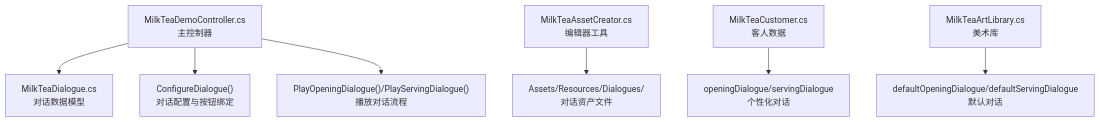
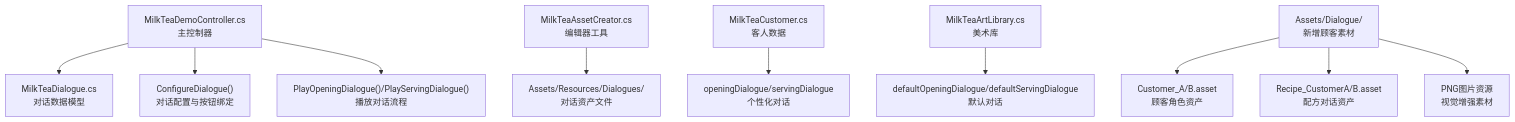
One commit to Thanatos42/-demo changed the first of 7 diagrams in .qoder/repowiki/zh/content/对话系统设计.md. Above: the diagram before and after it, drawn with Mermaid. The commit also changed other lines of this file and 77 other files, not shown here.

````diff
--- a/.qoder/repowiki/zh/content/对话系统设计.md
+++ b/.qoder/repowiki/zh/content/对话系统设计.md
@@ -43,9 +49,12 @@
 ```mermaid
 graph TB
 A["MilkTeaDemoController.cs<br/>主控制器"] --> B["MilkTeaDialogue.cs<br/>对话数据模型"]
 A --> C["ConfigureDialogue()<br/>对话配置与按钮绑定"]
 A --> D["PlayOpeningDialogue()/PlayServingDialogue()<br/>播放对话流程"]
 E["MilkTeaAssetCreator.cs<br/>编辑器工具"] --> F["Assets/Resources/Dialogues/<br/>对话资产文件"]
 G["MilkTeaCustomer.cs<br/>客人数据"] --> H["openingDialogue/servingDialogue<br/>个性化对话"]
 I["MilkTeaArtLibrary.cs<br/>美术库"] --> J["defaultOpeningDialogue/defaultServingDialogue<br/>默认对话"]
+K["Assets/Dialogue/<br/>新增顾客素材"] --> L["Customer_A/B.asset<br/>顾客角色资产"]
+K --> M["Recipe_CustomerA/B.asset<br/>配方对话资产"]
+K --> N["PNG图片资源<br/>视觉增强素材"]
 ```
````
